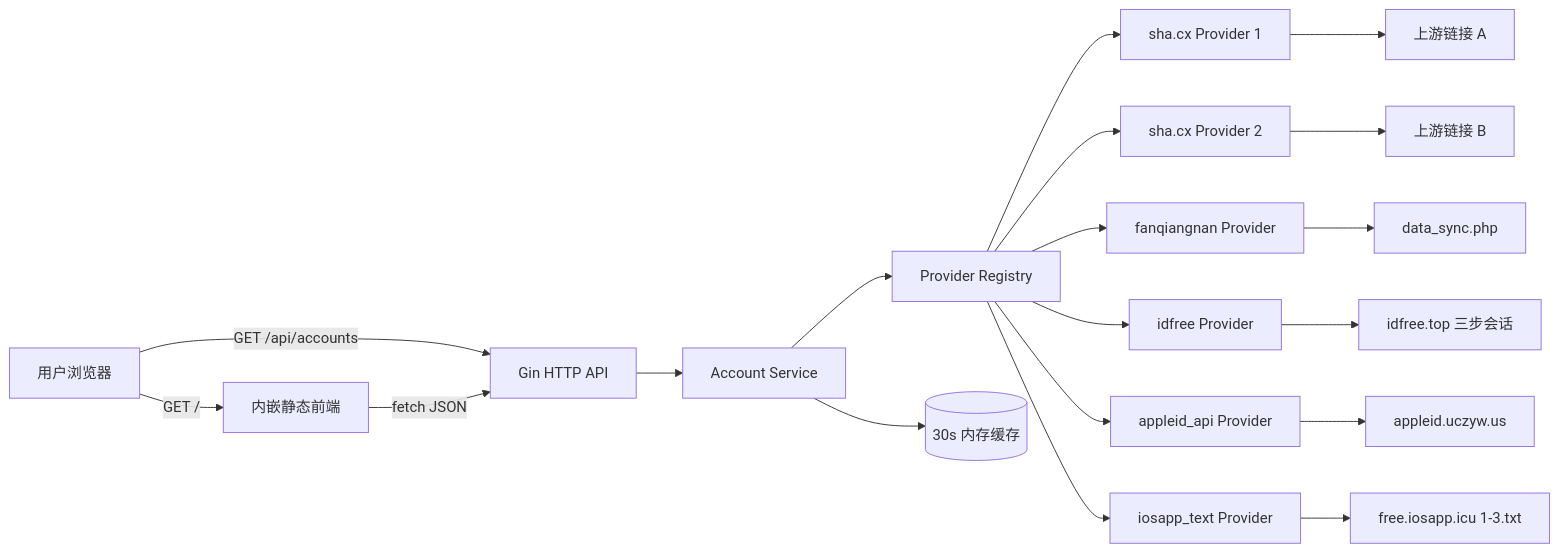
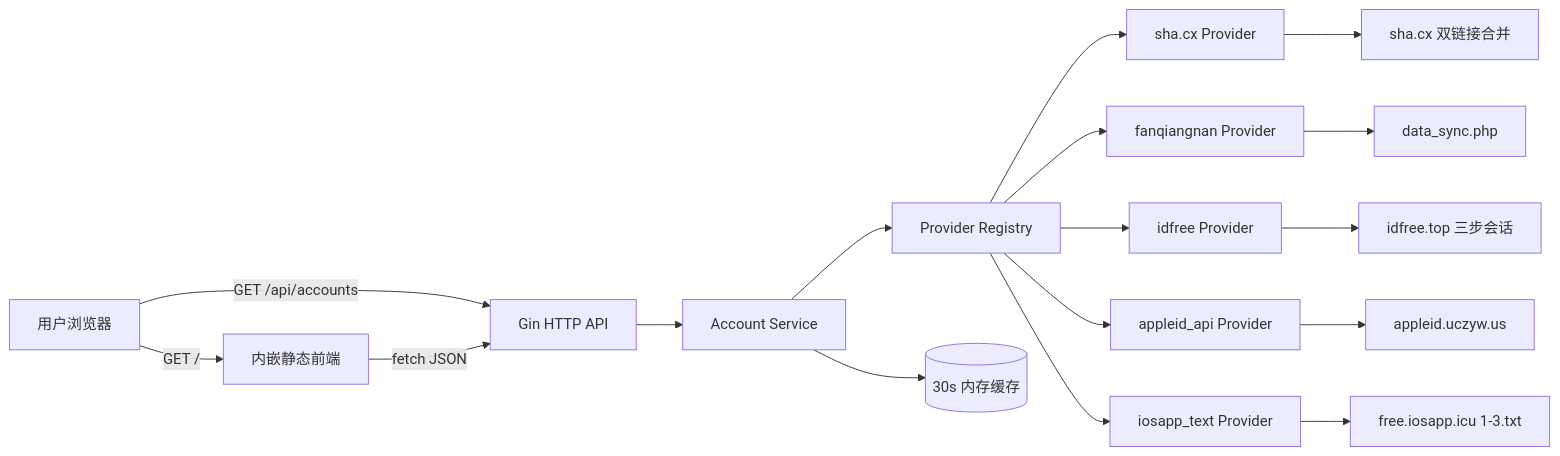
Before and after one commit to Q1YZn/appleshare-hub: the diagram in docs/ARCHITECTURE.md, drawn with Mermaid. The commit also changed 7 other files, not shown here.

````diff
--- a/docs/ARCHITECTURE.md
+++ b/docs/ARCHITECTURE.md
@@ -13,21 +13,19 @@
 ```mermaid
 flowchart LR
     User[用户浏览器] -->|GET /| Web[内嵌静态前端]
     User -->|GET /api/accounts| Gin[Gin HTTP API]
     Web -->|fetch JSON| Gin
     Gin --> Service[Account Service]
     Service --> Registry[Provider Registry]
-    Registry --> P1[sha.cx Provider 1]
-    Registry --> P2[sha.cx Provider 2]
+    Registry --> P1[sha.cx Provider]
     Registry --> P3[fanqiangnan Provider]
     Registry --> P4[idfree Provider]
     Registry --> P5[appleid_api Provider]
     Registry --> P6[iosapp_text Provider]
-    P1 --> S1[上游链接 A]
-    P2 --> S2[上游链接 B]
+    P1 --> S1[sha.cx 双链接合并]
     P3 --> S3[data_sync.php]
     P4 --> S4[idfree.top 三步会话]
     P5 --> S5[appleid.uczyw.us]
     P6 --> S6[free.iosapp.icu 1-3.txt]
     Service --> Cache[(30s 内存缓存)]
 ```
````
